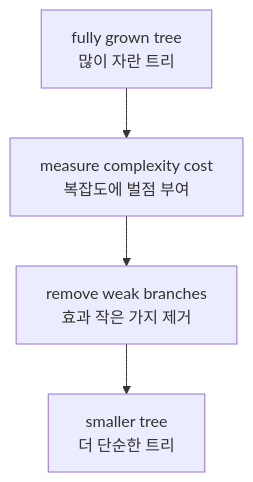
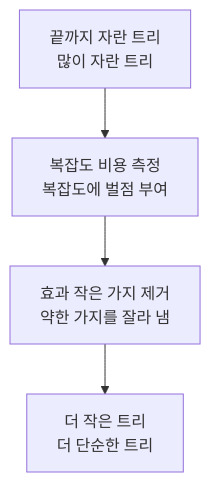
The diagram in docs/assets/part-04/chapter-14/p4-14-2-mermaid-02-ko.mmd (devchan64/AiBook), drawn with Mermaid before and after one commit. The commit also changed 8 other files, not shown here.

Commit message:
Finish Part 4 Korean diagram localization

```diff
--- a/docs/assets/part-04/chapter-14/p4-14-2-mermaid-02-ko.mmd
+++ b/docs/assets/part-04/chapter-14/p4-14-2-mermaid-02-ko.mmd
@@ -1,7 +1,7 @@
 flowchart TD
-  A["fully grown tree<br/>많이 자란 트리"]
-  B["measure complexity cost<br/>복잡도에 벌점 부여"]
-  C["remove weak branches<br/>효과 작은 가지 제거"]
-  D["smaller tree<br/>더 단순한 트리"]
+  A["끝까지 자란 트리<br/>많이 자란 트리"]
+  B["복잡도 비용 측정<br/>복잡도에 벌점 부여"]
+  C["효과 작은 가지 제거<br/>약한 가지를 잘라 냄"]
+  D["더 작은 트리<br/>더 단순한 트리"]
 
   A --> B --> C --> D
```
